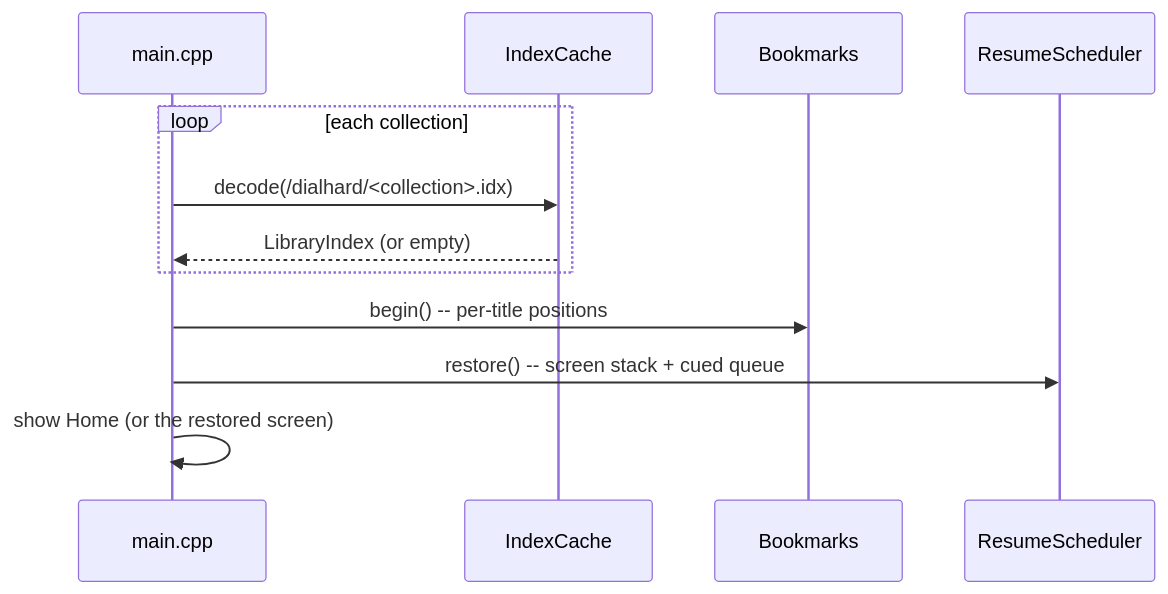
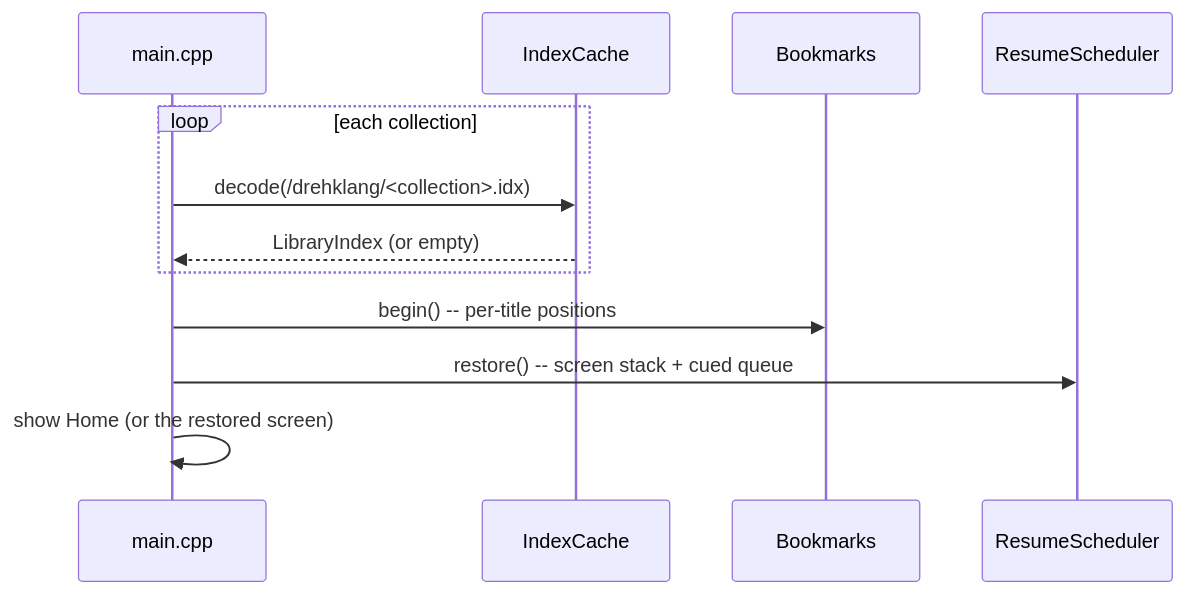
Before and after one commit to bjblazko/drehklang: the third of 6 diagrams in docs/arc42/arc42.md, drawn with Mermaid. The commit also changed other lines of this file and 227 other files, not shown here.

````diff
--- a/docs/arc42/arc42.md
+++ b/docs/arc42/arc42.md
@@ -229,15 +229,15 @@
 ```mermaid
 sequenceDiagram
     participant Main as main.cpp
     participant Cache as IndexCache
     participant Marks as Bookmarks
     participant Res as ResumeScheduler
 
     loop each collection
-        Main->>Cache: decode(/dialhard/<collection>.idx)
+        Main->>Cache: decode(/drehklang/<collection>.idx)
         Cache-->>Main: LibraryIndex (or empty)
     end
     Main->>Marks: begin() -- per-title positions
     Main->>Res: restore() -- screen stack + cued queue
     Main->>Main: show Home (or the restored screen)
 ```
````
